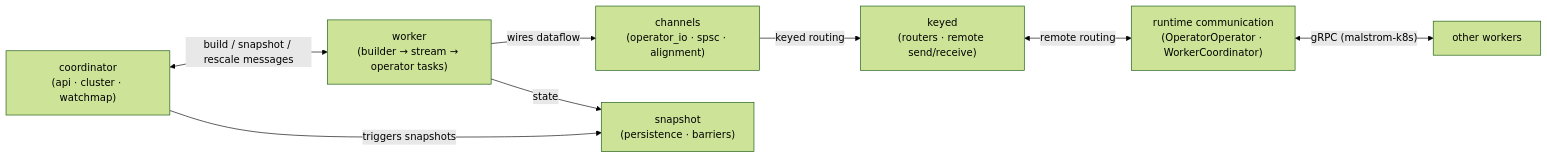
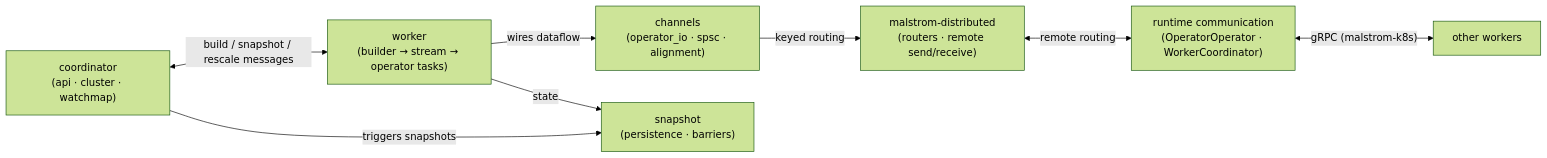
One commit to nrdhm/malstrom changed the second of 2 diagrams in docs/overviews/04-modules.md. Above: the diagram before and after it, drawn with Mermaid (forest theme). The commit also changed other lines of this file and 4 other files, not shown here.

````diff
--- a/docs/overviews/04-modules.md
+++ b/docs/overviews/04-modules.md
@@ -112,17 +83,17 @@
 ```mermaid
 flowchart LR
     CO["coordinator<br/>(api · cluster · watchmap)"]
     WB["worker<br/>(builder → stream → operator tasks)"]
     CH["channels<br/>(operator_io · spsc · alignment)"]
-    KD["keyed<br/>(routers · remote send/receive)"]
+    KD["malstrom-distributed<br/>(routers · remote send/receive)"]
     RC["runtime communication<br/>(OperatorOperator · WorkerCoordinator)"]
     SD["snapshot<br/>(persistence · barriers)"]
 
     CO <-->|"build / snapshot / rescale messages"| WB
     WB -->|"wires dataflow"| CH
     WB -->|"state"| SD
     CO -->|"triggers snapshots"| SD
     CH -->|"keyed routing"| KD
     KD <-->|"remote routing"| RC
     RC <-->|"gRPC (malstrom-k8s)"| OTHER["other workers"]
 ```
````
